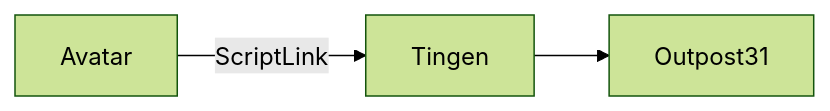
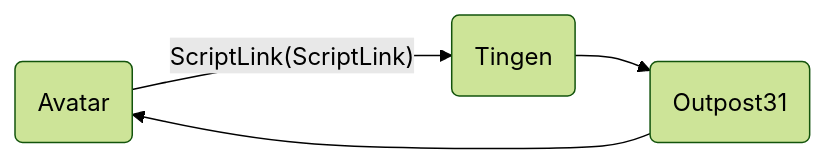
One commit to spectrum-health-systems/tingen-web-service changed the diagram in README.md. Above: the diagram before and after it, drawn with Mermaid (forest theme).

````diff
--- a/README.md
+++ b/README.md
@@ -52,4 +52,4 @@
 ```mermaid
 flowchart LR
-  Avatar -- ScriptLink --> Tingen --> Outpost31
+  Avatar(Avatar) -- ScriptLink(ScriptLink) --> Tingen(Tingen) --> Outpost31(Outpost31) --> Avatar
 ```
````
